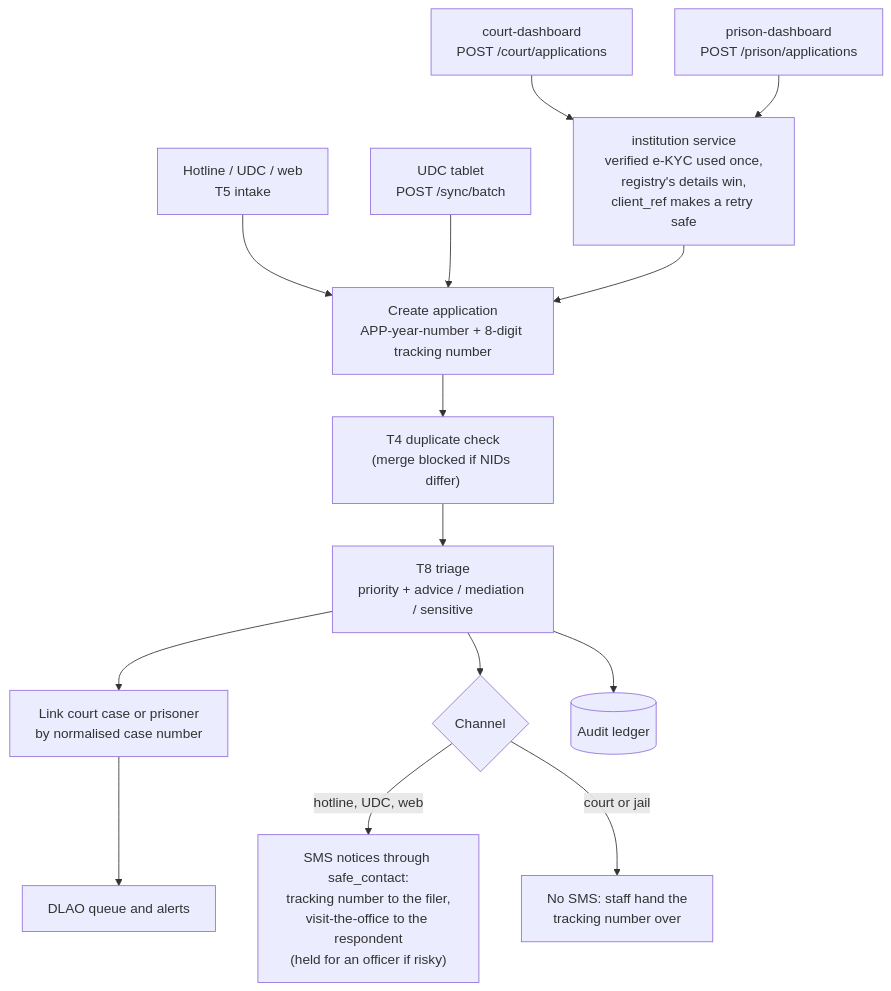
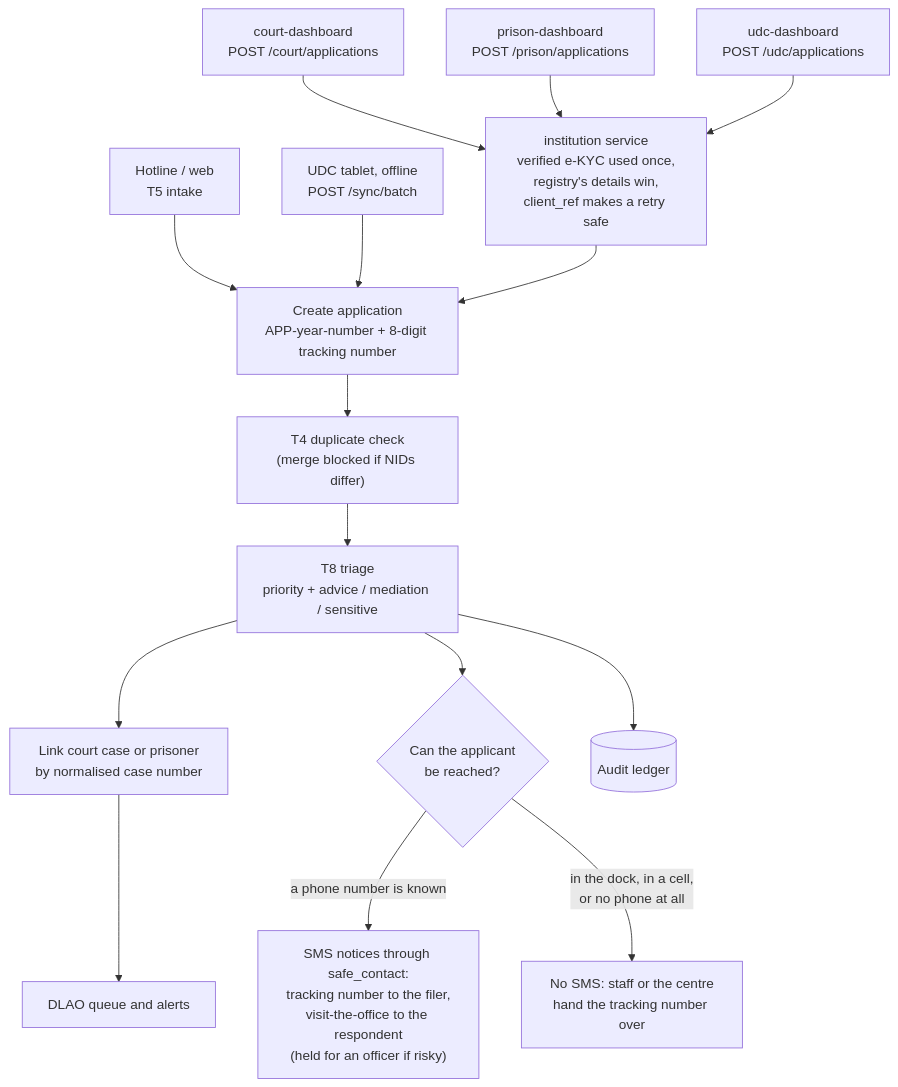
One commit to muztahiddurjoy/vanguard changed the sixth of 22 diagrams in README.md. Above: the diagram before and after it, drawn with Mermaid. The commit also changed other lines of this file and 4 other files, not shown here.

````diff
--- a/README.md
+++ b/README.md
@@ -357,17 +359,18 @@
 ```mermaid
 flowchart TB
-  In1["Hotline / UDC / web<br/>T5 intake"] --> New
+  In1["Hotline / web<br/>T5 intake"] --> New
   In2["court-dashboard<br/>POST /court/applications"] --> Inst
   In3["prison-dashboard<br/>POST /prison/applications"] --> Inst
-  In4["UDC tablet<br/>POST /sync/batch"] --> New
+  In4["udc-dashboard<br/>POST /udc/applications"] --> Inst
+  In5["UDC tablet, offline<br/>POST /sync/batch"] --> New
 
   Inst["institution service<br/>verified e-KYC used once,<br/>registry's details win,<br/>client_ref makes a retry safe"] --> New
   New["Create application<br/>APP-year-number + 8-digit tracking number"] --> Dup["T4 duplicate check<br/>(merge blocked if NIDs differ)"]
   Dup --> Tri["T8 triage<br/>priority + advice / mediation / sensitive"]
   Tri --> Link["Link court case or prisoner<br/>by normalised case number"]
   Link --> Q["DLAO queue and alerts"]
-  Tri --> Notice{"Channel"}
-  Notice -->|"hotline, UDC, web"| SMS["SMS notices through safe_contact:<br/>tracking number to the filer,<br/>visit-the-office to the respondent<br/>(held for an officer if risky)"]
-  Notice -->|"court or jail"| Hand["No SMS: staff hand the<br/>tracking number over"]
+  Tri --> Notice{"Can the applicant<br/>be reached?"}
+  Notice -->|"a phone number is known"| SMS["SMS notices through safe_contact:<br/>tracking number to the filer,<br/>visit-the-office to the respondent<br/>(held for an officer if risky)"]
+  Notice -->|"in the dock, in a cell,<br/>or no phone at all"| Hand["No SMS: staff or the centre<br/>hand the tracking number over"]
   Tri --> Aud[("Audit ledger")]
 ```
````
